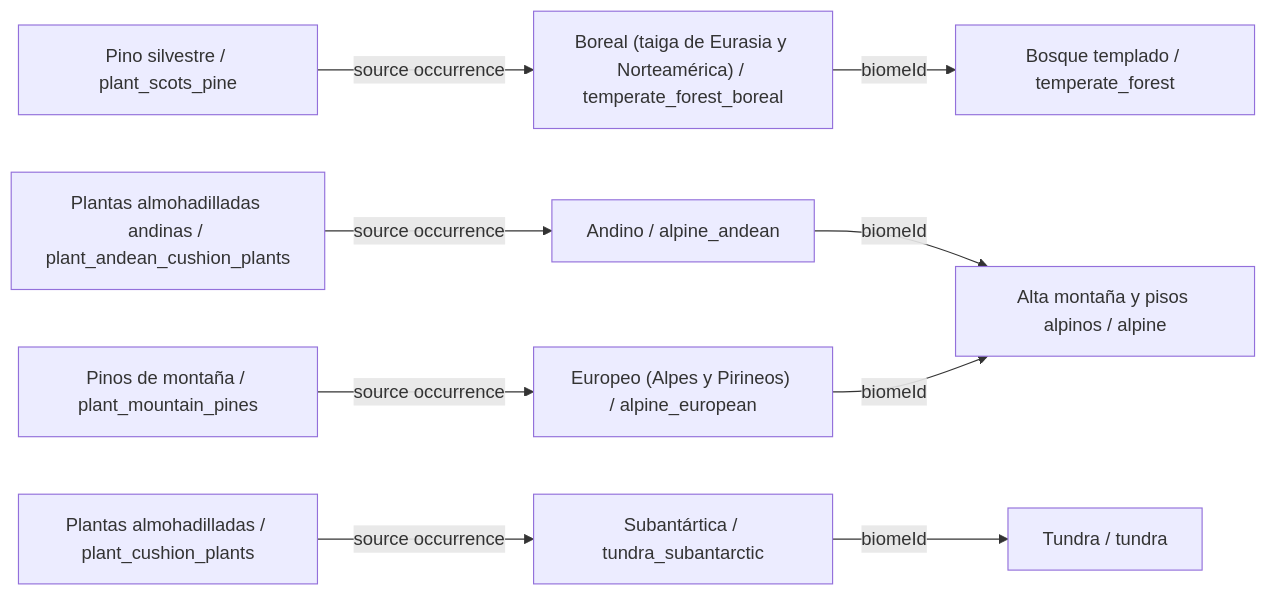
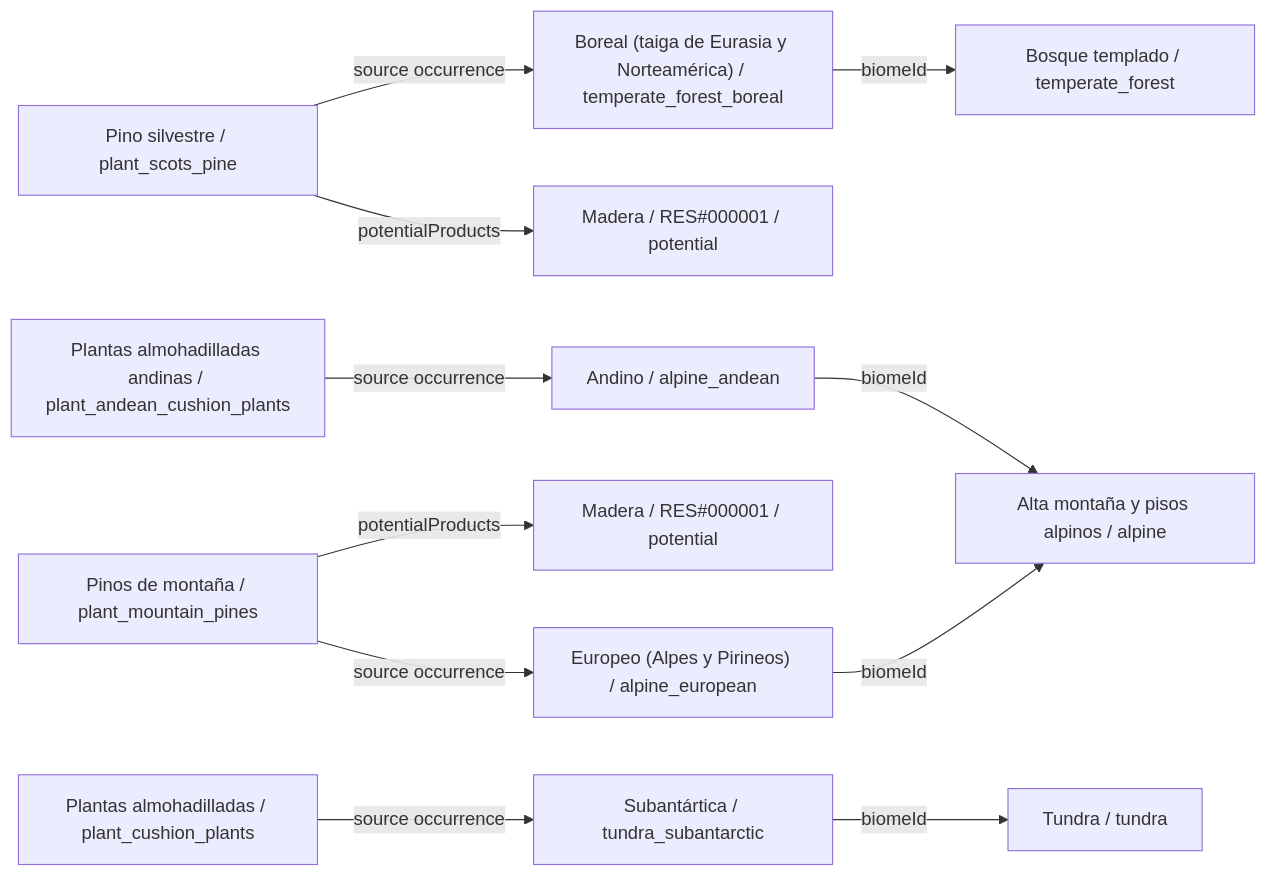
One commit to fgabo404/EvolveDoc changed diagram 24 of 39 in data/plants/DIAGRAMS.es.md. Above: the diagram before and after it, drawn with Mermaid. The commit also changed other lines of this file and 50 other files, not shown here.

````diff
--- a/data/plants/DIAGRAMS.es.md
+++ b/data/plants/DIAGRAMS.es.md
@@ -723,22 +741,26 @@
 ```mermaid
 flowchart LR
     c0["Pino silvestre / plant_scots_pine"]
     v7["Boreal (taiga de Eurasia y Norteamérica) / temperate_forest_boreal"]
     b1["Bosque templado / temperate_forest"]
+    o0_0["Madera / RES#000001 / potential"]
     c1["Pinos de montaña / plant_mountain_pines"]
     v25["Europeo (Alpes y Pirineos) / alpine_european"]
     b6["Alta montaña y pisos alpinos / alpine"]
+    o1_0["Madera / RES#000001 / potential"]
     c2["Plantas almohadilladas / plant_cushion_plants"]
     v10["Subantártica / tundra_subantarctic"]
     b2["Tundra / tundra"]
     c3["Plantas almohadilladas andinas / plant_andean_cushion_plants"]
     v23["Andino / alpine_andean"]
+    c0 -->|potentialProducts| o0_0
     c0 -->|source occurrence| v7
+    c1 -->|potentialProducts| o1_0
     c1 -->|source occurrence| v25
     c2 -->|source occurrence| v10
     c3 -->|source occurrence| v23
     v10 -->|biomeId| b2
     v23 -->|biomeId| b6
     v25 -->|biomeId| b6
     v7 -->|biomeId| b1
 ```
````
